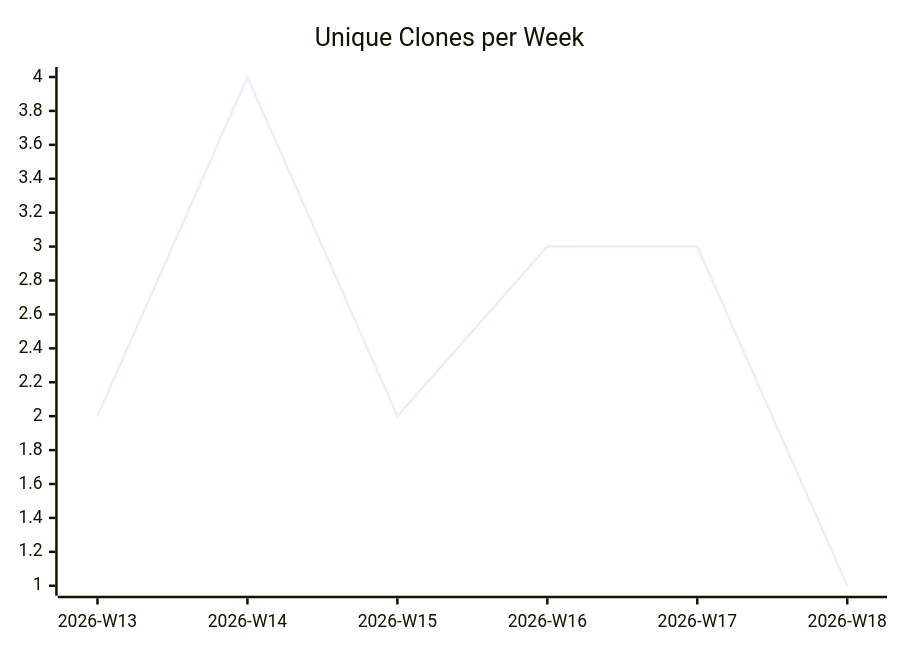
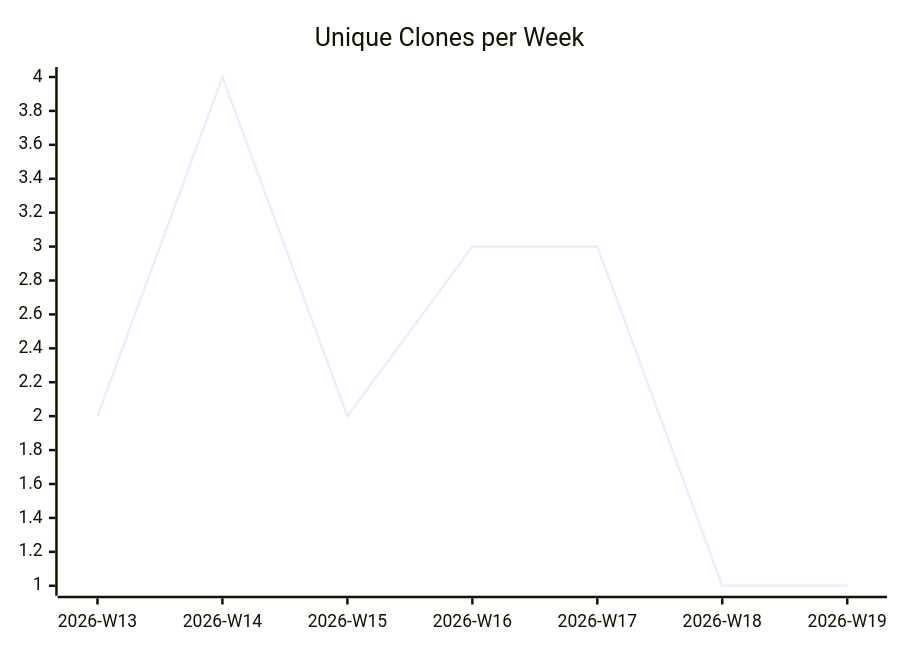
The third of 3 diagrams in karlmdavis/workstation-base-ansible-role/README.md (justdavis-family/github-analytics-data), drawn with Mermaid before and after one commit. The commit also changed other lines of this file and 187 other files, not shown here.

````diff
--- a/karlmdavis/workstation-base-ansible-role/README.md
+++ b/karlmdavis/workstation-base-ansible-role/README.md
@@ -19,6 +19,6 @@
 ```mermaid
 xychart-beta
   title "Unique Clones per Week"
-  x-axis ["2026-W13", "2026-W14", "2026-W15", "2026-W16", "2026-W17", "2026-W18"]
-  line [2, 4, 2, 3, 3, 1]
+  x-axis ["2026-W13", "2026-W14", "2026-W15", "2026-W16", "2026-W17", "2026-W18", "2026-W19"]
+  line [2, 4, 2, 3, 3, 1, 1]
 ```
````
